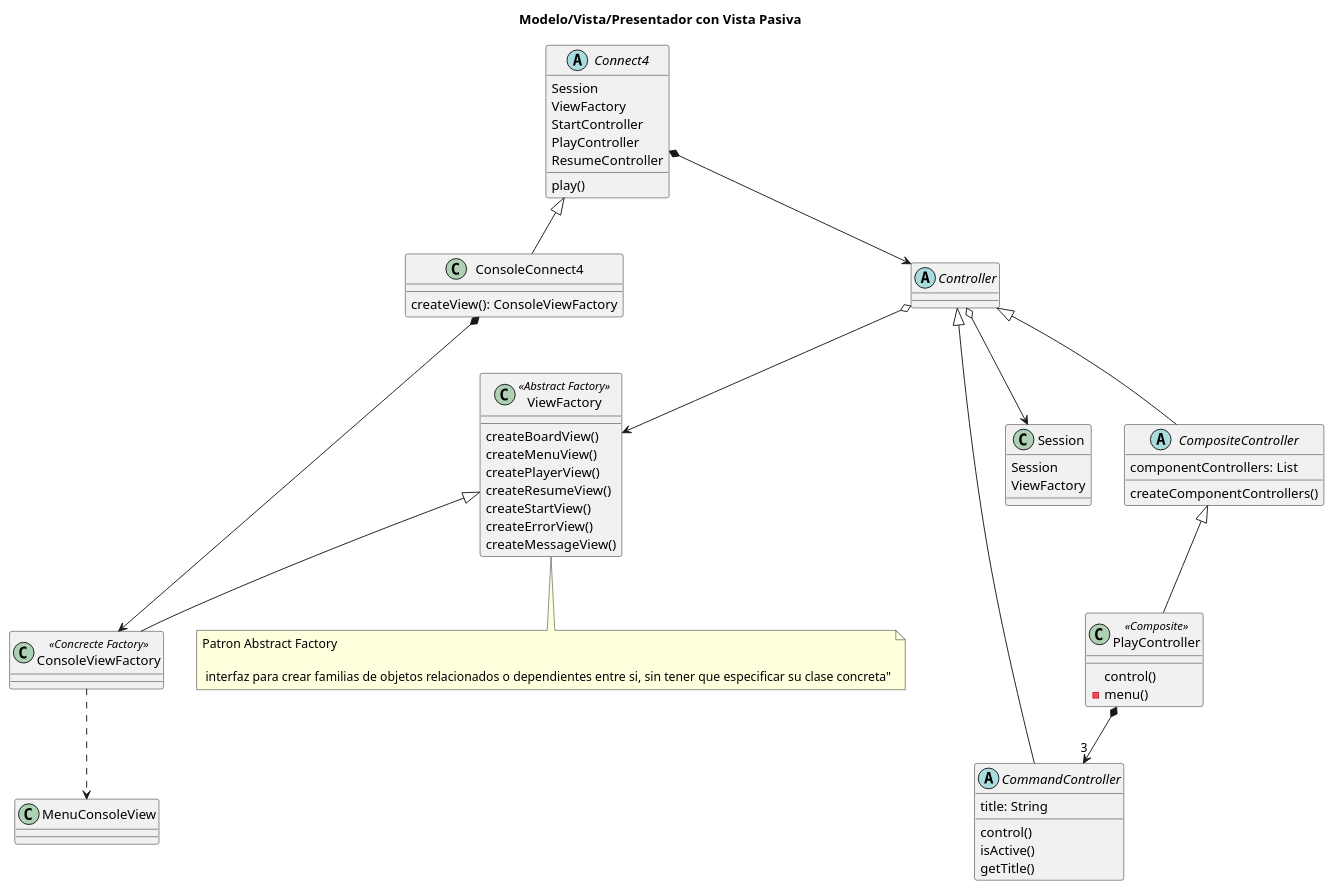
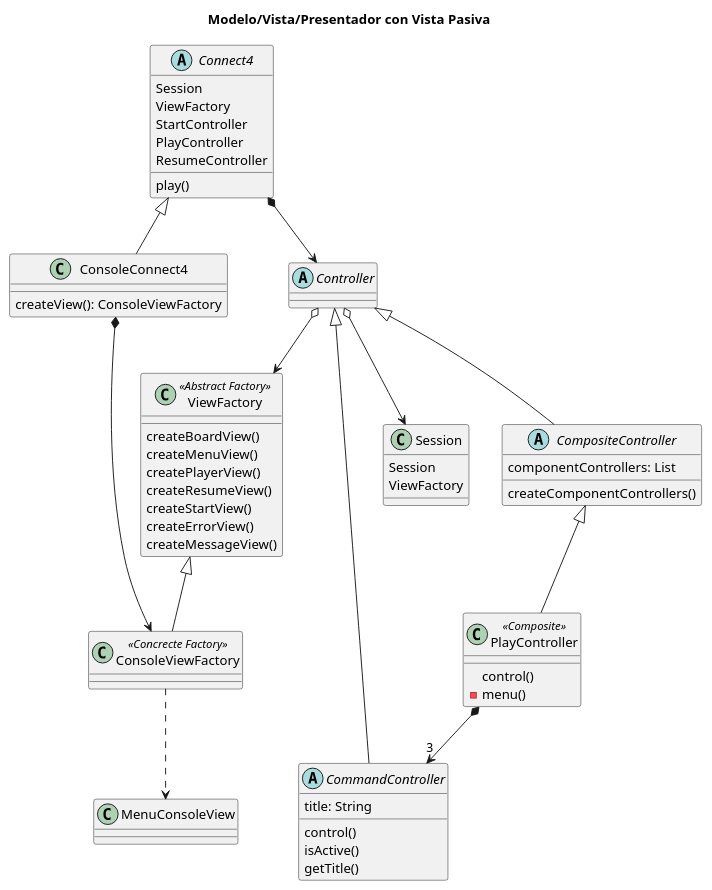
The diagram in doc/analisis.puml (hugohg34/conecta4), drawn with PlantUML before and after one commit.

Commit message:
remove comments

```diff
--- a/doc/analisis.puml
+++ b/doc/analisis.puml
@@ -1,71 +1,70 @@
 @startuml
 
 Title "Modelo/Vista/Presentador con Vista Pasiva"
 
 abstract class ViewFactory
 abstract class Connect4{
 	Session
 	ViewFactory
 	StartController
 	PlayController
 	ResumeController
 	play()
 }
 
 class ConsoleConnect4 {
 	createView(): ConsoleViewFactory
 }
 
 abstract class Controller{
 }
 abstract class CommandController {
 	title: String
 	control()
 	isActive()
 	getTitle()
 }
 
 class Session {
 	Session
 	ViewFactory
 }
 
 class PlayController <<Composite>> {
 	control()
 	-menu()
 }
 
 abstract class CompositeController {
 	componentControllers: List
 	createComponentControllers()
 	
 }
 
 class ViewFactory <<Abstract Factory>> {
 		createBoardView()
 	    createMenuView()
 	    createPlayerView()
 	    createResumeView()
 	    createStartView()
 	    createErrorView()
 		createMessageView()
 }
 class ConsoleViewFactory <<Concrecte Factory>>
 
 Connect4 <|-- ConsoleConnect4
 Connect4 *--> Controller
 Controller o--> Session
 Controller o--> ViewFactory
 CompositeController <|-- PlayController
 Controller <|-- CompositeController 
 Controller <|-- CommandController
 PlayController *--> "3" CommandController
 ViewFactory <|-- ConsoleViewFactory
 ConsoleConnect4 *--> ConsoleViewFactory 
 ConsoleViewFactory ..> MenuConsoleView 
 
 
-note bottom of [ViewFactory]: Patron Abstract Factory\n\n interfaz para crear familias de objetos relacionados o dependientes entre si, sin tener que especificar su clase concreta"
 
 
 @enduml
```
